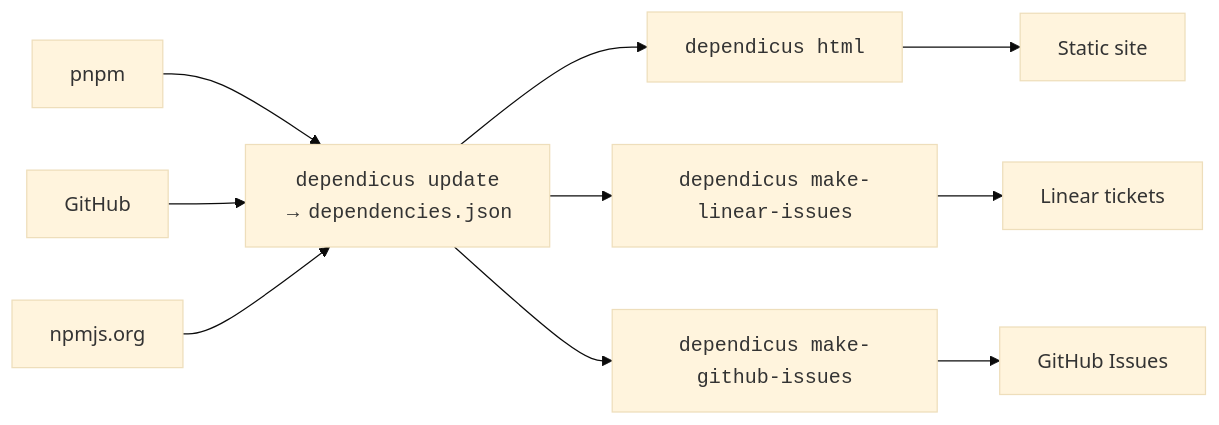
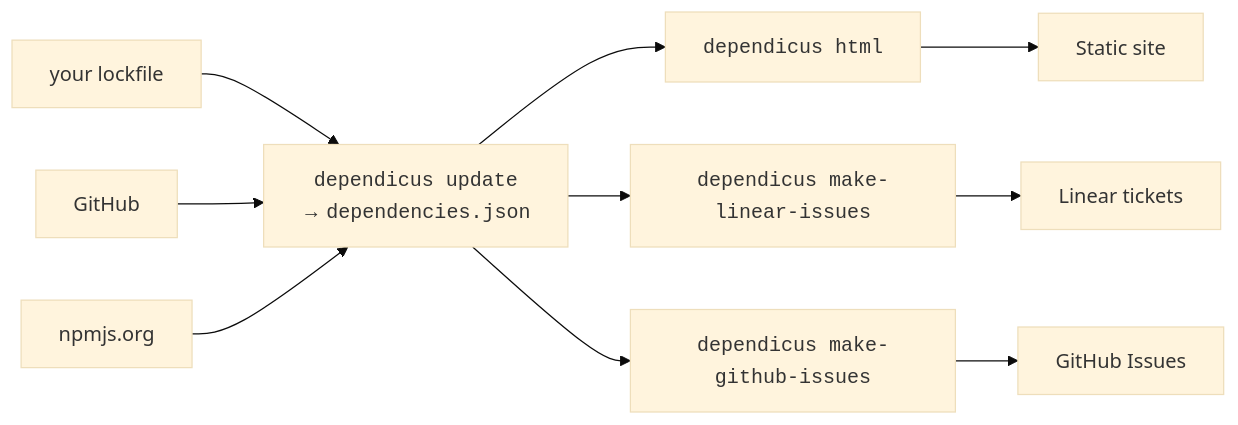
One commit to descriptinc/dependicus changed the diagram in README.md. Above: the diagram before and after it, drawn with Mermaid (base theme). The commit also changed other lines of this file and 23 other files, not shown here.

````diff
--- a/README.md
+++ b/README.md
@@ -7,13 +7,13 @@
 ```mermaid
 graph LR
-    pnpm --> dependicus-update["<tt>dependicus update</tt><br>&rarr; <tt>dependencies.json</tt>"]
+    lockfile["your lockfile"] --> dependicus-update["<tt>dependicus update</tt><br>&rarr; <tt>dependencies.json</tt>"]
     GitHub --> dependicus-update
     npmjs.org --> dependicus-update
     dependicus-update --> dependicus-html["<tt>dependicus html</tt>"]
     dependicus-update --> dependicus-make-linear-issues["<tt>dependicus make-linear-issues</tt>"]
     dependicus-update --> dependicus-make-github-issues["<tt>dependicus make-github-issues</tt>"]
 
     dependicus-html --> static-site["Static site"]
     dependicus-make-linear-issues --> linear-tickets["Linear tickets"]
     dependicus-make-github-issues --> github-issues["GitHub Issues"]
 ```
````
